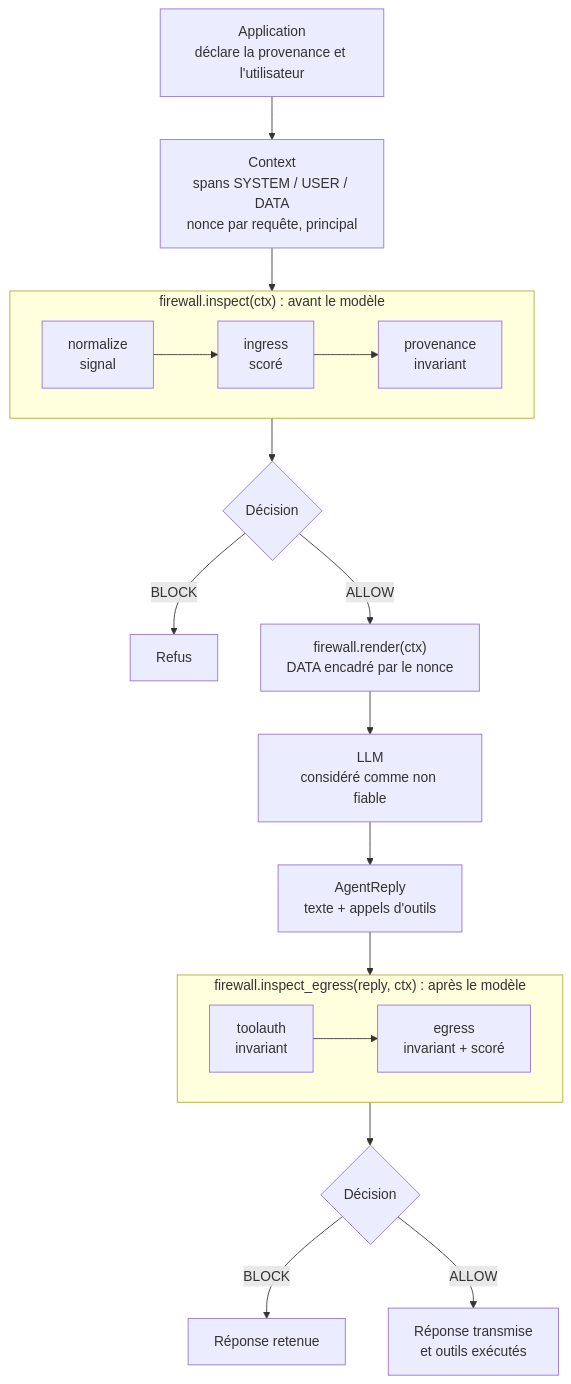
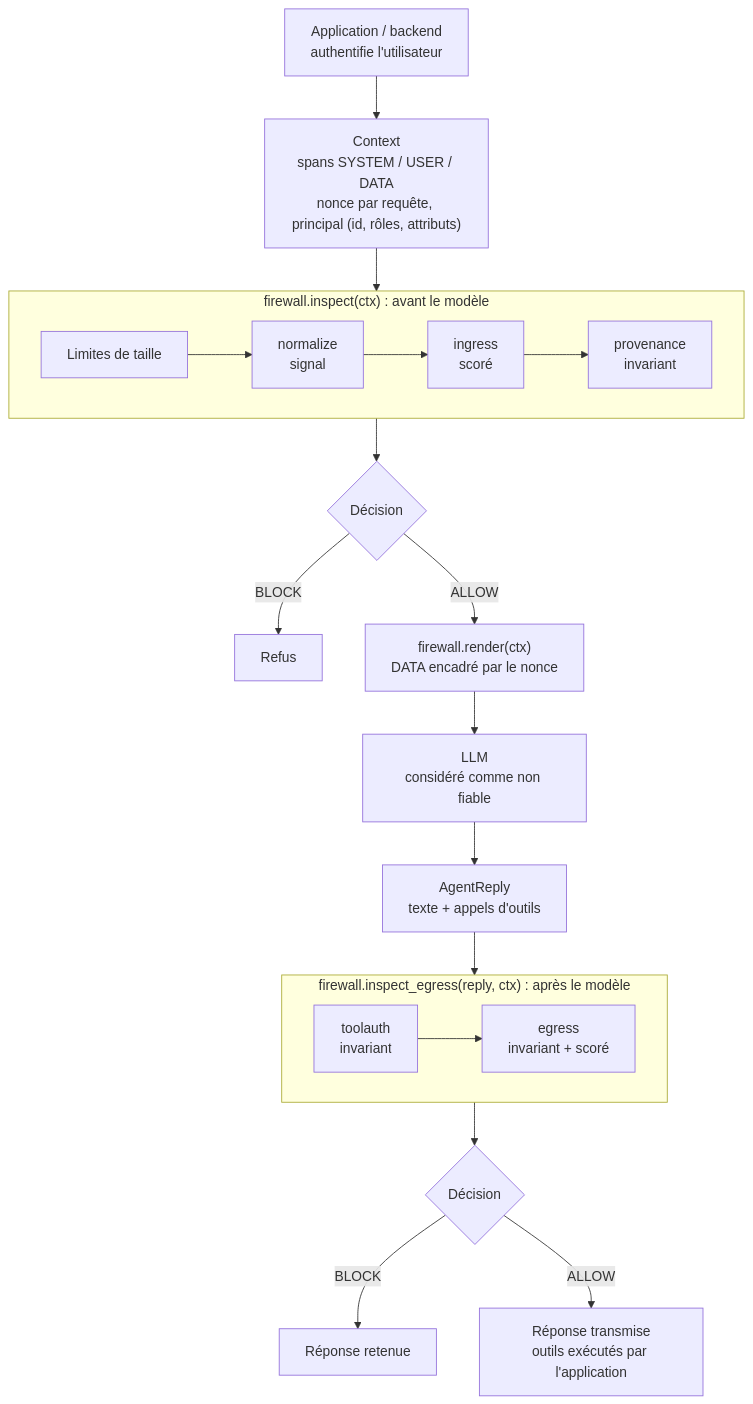
Before and after one commit to nassim7792/llm-prompt-firewall: the first of 5 diagrams in README.md, drawn with Mermaid. The commit also changed other lines of this file and 3 other files, not shown here.

````diff
--- a/README.md
+++ b/README.md
@@ -76,24 +84,24 @@
 ```mermaid
 flowchart TB
-    APP["Application<br/>déclare la provenance et l'utilisateur"] --> CTX["Context<br/>spans SYSTEM / USER / DATA<br/>nonce par requête, principal"]
+    APP["Application / backend<br/>authentifie l'utilisateur"] --> CTX["Context<br/>spans SYSTEM / USER / DATA<br/>nonce par requête, principal (id, rôles, attributs)"]
 
     subgraph PRE["firewall.inspect(ctx) : avant le modèle"]
-        N["normalize<br/>signal"] --> I["ingress<br/>scoré"] --> P["provenance<br/>invariant"]
+        L["Limites de taille"] --> N["normalize<br/>signal"] --> I["ingress<br/>scoré"] --> P["provenance<br/>invariant"]
     end
 
     CTX --> PRE
     PRE --> D1{"Décision"}
     D1 -- BLOCK --> R1["Refus"]
     D1 -- ALLOW --> REN["firewall.render(ctx)<br/>DATA encadré par le nonce"]
     REN --> LLM["LLM<br/>considéré comme non fiable"]
     LLM --> REP["AgentReply<br/>texte + appels d'outils"]
 
     subgraph POST["firewall.inspect_egress(reply, ctx) : après le modèle"]
         T["toolauth<br/>invariant"] --> E["egress<br/>invariant + scoré"]
     end
 
     REP --> POST
     POST --> D2{"Décision"}
     D2 -- BLOCK --> R2["Réponse retenue"]
-    D2 -- ALLOW --> OUT["Réponse transmise<br/>et outils exécutés"]
+    D2 -- ALLOW --> OUT["Réponse transmise<br/>outils exécutés par l'application"]
 ```
````
